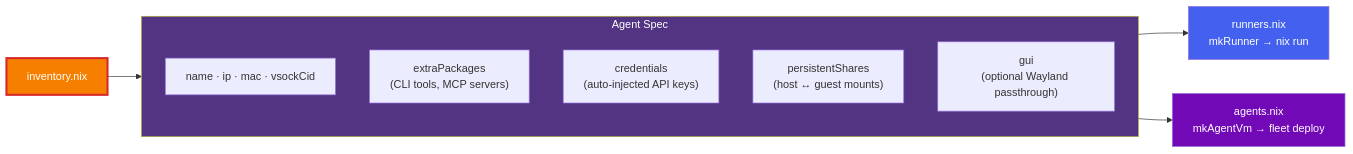
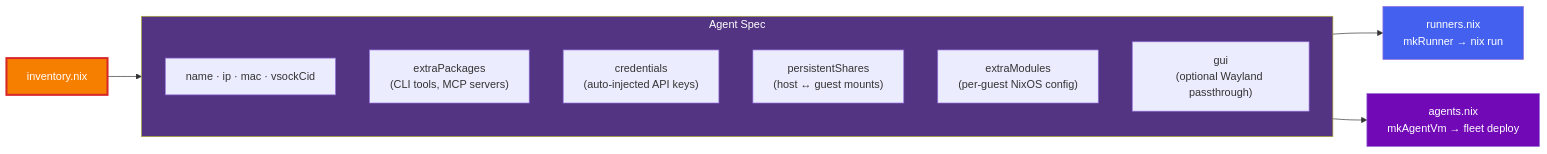
One commit to tenarches/nix-permafrost changed the fourth of 7 diagrams in README.md. Above: the diagram before and after it, drawn with Mermaid. The commit also changed 3 other files, not shown here.

````diff
--- a/README.md
+++ b/README.md
@@ -138,21 +138,22 @@
 ```mermaid
 graph LR
     INV["inventory.nix"] --> SPEC
 
     subgraph SPEC["Agent Spec"]
         direction TB
         ID["name · ip · mac · vsockCid"]
         PKG["extraPackages<br/>(CLI tools, MCP servers)"]
         CRED["credentials<br/>(auto-injected API keys)"]
         SHARE["persistentShares<br/>(host ↔ guest mounts)"]
+        MOD["extraModules<br/>(per-guest NixOS config)"]
         GUI["gui<br/>(optional Wayland passthrough)"]
     end
 
     SPEC --> RUNNER["runners.nix<br/>mkRunner → nix run"]
     SPEC --> FLEET["agents.nix<br/>mkAgentVm → fleet deploy"]
 
     style INV fill:#f77f00,stroke:#d62828,color:#fff,stroke-width:3px
     style SPEC fill:#533483,color:#fff
     style RUNNER fill:#4361ee,color:#fff
     style FLEET fill:#7209b7,color:#fff
 ```
````
